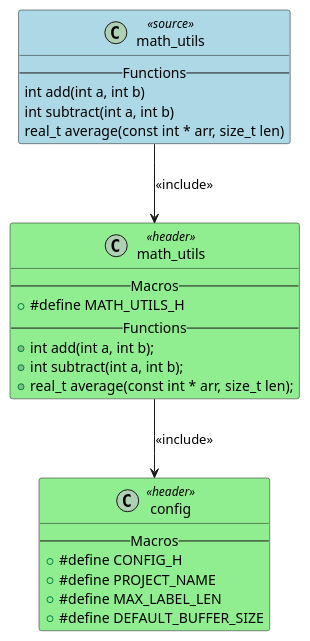
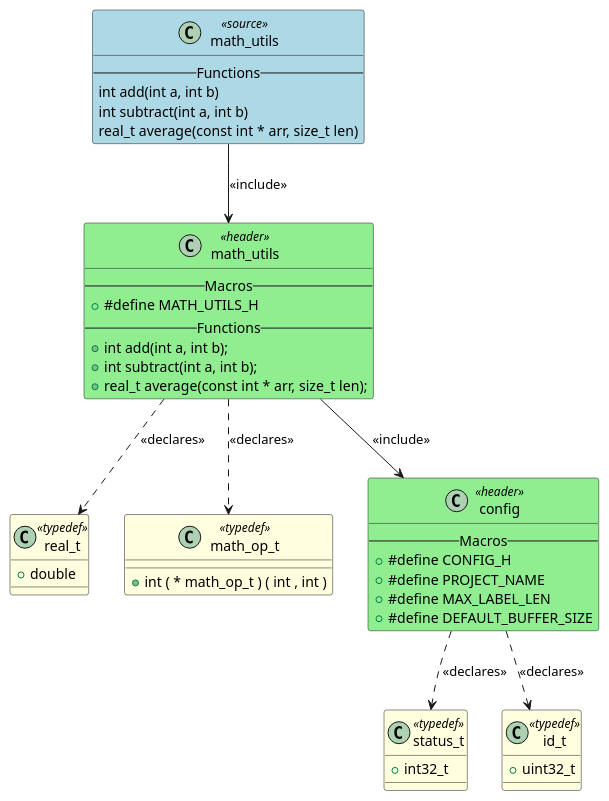
One commit to fischerjooo/c2puml changed the diagram in output/math_utils.puml. Above: the diagram before and after it, drawn with PlantUML. The commit also changed 12 other files, not shown here.

```diff
--- a/output/math_utils.puml
+++ b/output/math_utils.puml
@@ -1,31 +1,55 @@
 @startuml math_utils
 
 class "math_utils" as MATH_UTILS <<source>> #LightBlue
 {
 -- Functions --
 int add(int a, int b)
 int subtract(int a, int b)
 real_t average(const int * arr, size_t len)
+}
+
+class "real_t" as TYPEDEF_REAL_T <<typedef>> #LightYellow
+{
++ double
+}
+
+class "math_op_t" as TYPEDEF_MATH_OP_T <<typedef>> #LightYellow
+{
++ int ( * math_op_t ) ( int , int )
+}
+
+class "status_t" as TYPEDEF_STATUS_T <<typedef>> #LightYellow
+{
++ int32_t
+}
+
+class "id_t" as TYPEDEF_ID_T <<typedef>> #LightYellow
+{
++ uint32_t
 }
 
 class "math_utils" as HEADER_MATH_UTILS <<header>> #LightGreen
 {
 -- Macros --
 + #define MATH_UTILS_H
 -- Functions --
 + int add(int a, int b);
 + int subtract(int a, int b);
 + real_t average(const int * arr, size_t len);
 }
 class "config" as HEADER_CONFIG <<header>> #LightGreen
 {
 -- Macros --
 + #define CONFIG_H
 + #define PROJECT_NAME
 + #define MAX_LABEL_LEN
 + #define DEFAULT_BUFFER_SIZE
 }
 MATH_UTILS --> HEADER_MATH_UTILS : <<include>>
 HEADER_MATH_UTILS --> HEADER_CONFIG : <<include>>
+HEADER_MATH_UTILS ..> TYPEDEF_REAL_T : <<declares>>
+HEADER_MATH_UTILS ..> TYPEDEF_MATH_OP_T : <<declares>>
+HEADER_CONFIG ..> TYPEDEF_ID_T : <<declares>>
+HEADER_CONFIG ..> TYPEDEF_STATUS_T : <<declares>>
 
 @enduml
```
